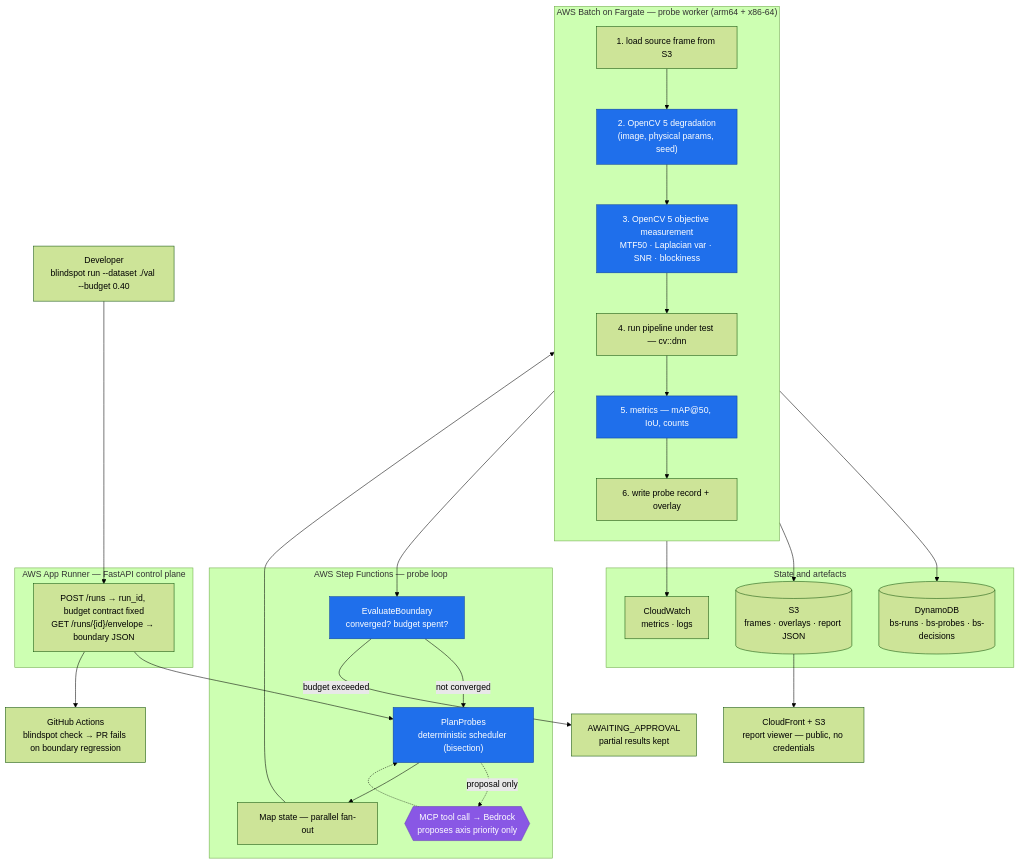
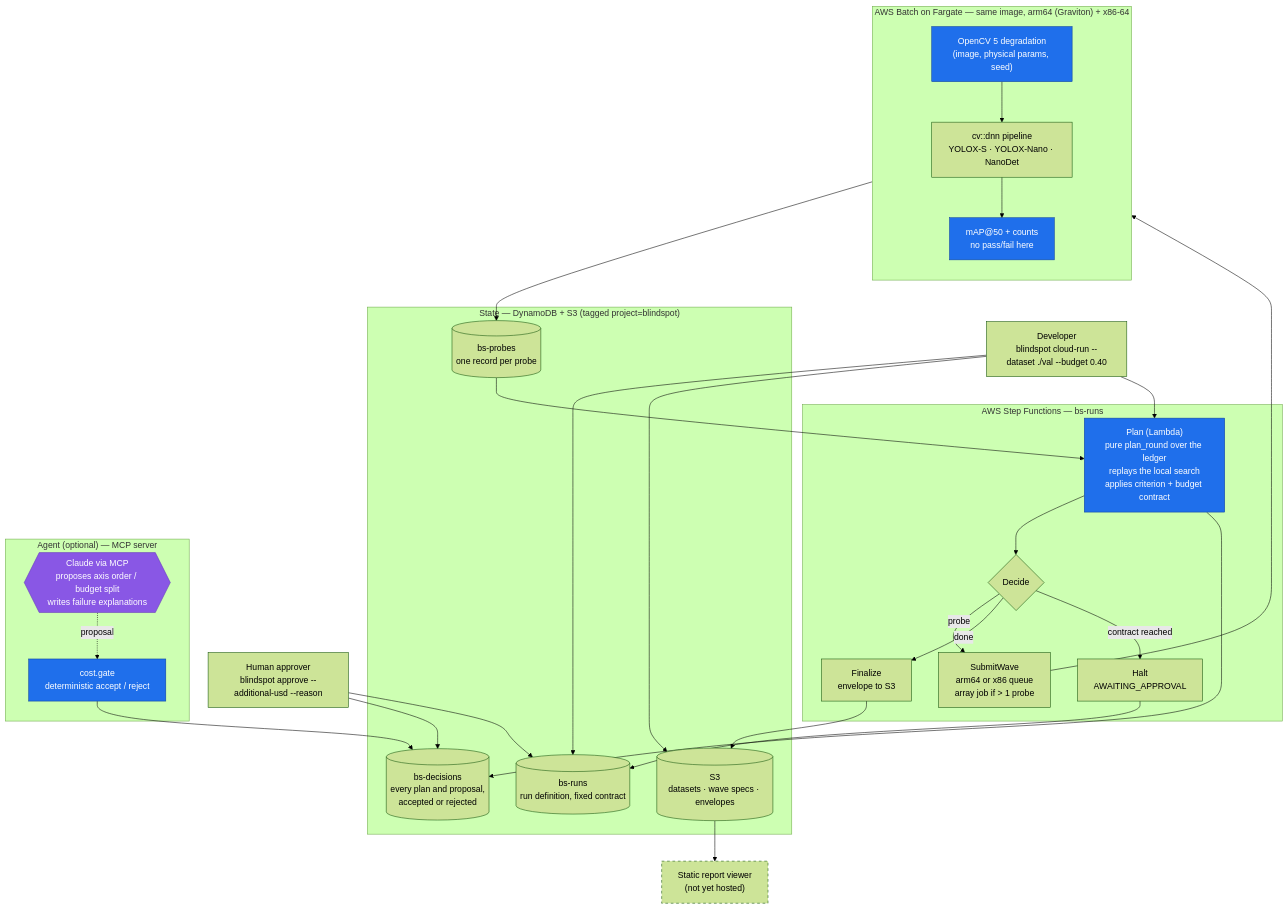
Before and after one commit to Kim-Hakseong/blindspot: the first of 2 diagrams in docs/architecture.md, drawn with Mermaid (forest theme). The commit also changed other lines of this file and 3 other files, not shown here.

First line of the commit message:
Redraw the architecture to what is built, and commit renders

````diff
--- a/docs/architecture.md
+++ b/docs/architecture.md
@@ -8,53 +10,58 @@
 ```mermaid
 flowchart TB
-    dev["Developer<br/>blindspot run --dataset ./val --budget 0.40"]
+    dev["Developer<br/>blindspot cloud-run --dataset ./val --budget 0.40"]
+    human["Human approver<br/>blindspot approve --additional-usd --reason"]
 
-    subgraph control["AWS App Runner — FastAPI control plane"]
-        api["POST /runs → run_id, budget contract fixed<br/>GET /runs/{id}/envelope → boundary JSON"]
+    subgraph state["State — DynamoDB + S3 (tagged project=blindspot)"]
+        runs[("bs-runs<br/>run definition, fixed contract")]
+        ledger[("bs-probes<br/>one record per probe")]
+        decisions[("bs-decisions<br/>every plan and proposal,<br/>accepted or rejected")]
+        s3[("S3<br/>datasets · wave specs · envelopes")]
     end
 
-    subgraph orch["AWS Step Functions — probe loop"]
-        plan["PlanProbes<br/>deterministic scheduler (bisection)"]
-        agent{{"MCP tool call → Bedrock<br/>proposes axis priority only"}}
-        map["Map state — parallel fan-out"]
-        evald["EvaluateBoundary<br/>converged? budget spent?"]
+    subgraph loop["AWS Step Functions — bs-runs"]
+        plan["Plan (Lambda)<br/>pure plan_round over the ledger<br/>replays the local search<br/>applies criterion + budget contract"]
+        decide{"Decide"}
+        submit["SubmitWave<br/>arm64 or x86 queue<br/>array job if > 1 probe"]
+        finalize["Finalize<br/>envelope to S3"]
+        halt["Halt<br/>AWAITING_APPROVAL"]
     end
 
-    subgraph worker["AWS Batch on Fargate — probe worker (arm64 + x86-64)"]
+    subgraph worker["AWS Batch on Fargate — same image, arm64 (Graviton) + x86-64"]
         direction TB
-        w1["1. load source frame from S3"]
-        w2["2. OpenCV 5 degradation<br/>(image, physical params, seed)"]
-        w3["3. OpenCV 5 objective measurement<br/>MTF50 · Laplacian var · SNR · blockiness"]
-        w4["4. run pipeline under test — cv::dnn"]
-        w5["5. metrics — mAP@50, IoU, counts"]
-        w6["6. write probe record + overlay"]
-        w1 --> w2 --> w3 --> w4 --> w5 --> w6
+        w1["OpenCV 5 degradation<br/>(image, physical params, seed)"]
+        w2["cv::dnn pipeline<br/>YOLOX-S · YOLOX-Nano · NanoDet"]
+        w3["mAP@50 + counts<br/>no pass/fail here"]
+        w1 --> w2 --> w3
     end
 
-    subgraph store["State and artefacts"]
-        ddb[("DynamoDB<br/>bs-runs · bs-probes · bs-decisions")]
-        s3[("S3<br/>frames · overlays · report JSON")]
-        cw["CloudWatch<br/>metrics · logs"]
+    subgraph agent["Agent (optional) — MCP server"]
+        mcp{{"Claude via MCP<br/>proposes axis order / budget split<br/>writes failure explanations"}}
+        gate["cost.gate<br/>deterministic accept / reject"]
     end
 
-    viewer["CloudFront + S3<br/>report viewer — public, no credentials"]
-    ci["GitHub Actions<br/>blindspot check → PR fails on boundary regression"]
+    viewer["Static report viewer<br/>(not yet hosted)"]
 
-    dev --> api --> plan
-    plan -.proposal only.-> agent
-    agent -.-> plan
-    plan --> map --> worker
-    worker --> ddb
-    worker --> s3
-    worker --> cw
-    worker --> evald
-    evald -->|not converged| plan
-    evald -->|budget exceeded| hold["AWAITING_APPROVAL<br/>partial results kept"]
+    dev --> runs
+    dev --> s3
+    dev --> plan
+    plan --> decide
+    decide -->|probe| submit --> worker
+    worker --> ledger
+    ledger --> plan
+    decide -->|done| finalize --> s3
+    decide -->|contract reached| halt --> runs
+    plan --> decisions
+    human --> decisions
+    human --> runs
+    mcp -.proposal.-> gate
+    gate --> decisions
     s3 --> viewer
-    api --> ci
 
     classDef judgment fill:#1f6feb,stroke:#0d419d,color:#fff
     classDef llm fill:#8957e5,stroke:#6639ba,color:#fff
-    class w2,w3,w5,plan,evald judgment
-    class agent llm
+    classDef planned stroke-dasharray: 5 5
+    class plan,w1,w3,gate judgment
+    class mcp llm
+    class viewer planned
 ```
````
